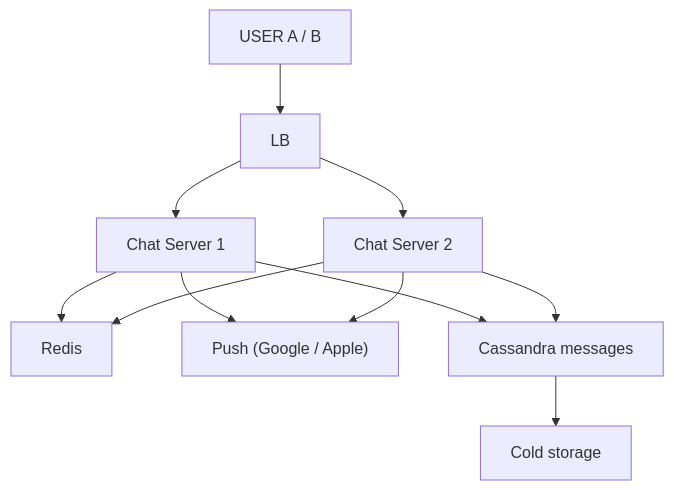
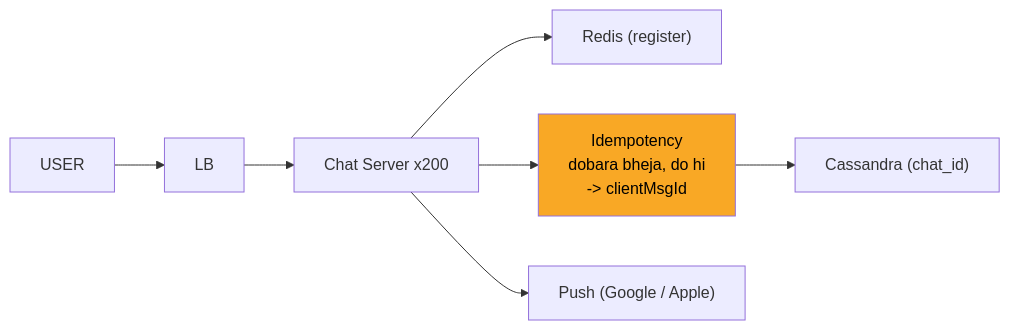
One commit to ArpanMaheshwari144/Prep changed the sixth of 12 diagrams in 04_HLD/SYSTEM_DESIGNS/14_chat_messaging/14_chat_messaging.md. Above: the diagram before and after it, drawn with Mermaid. The commit also changed other lines of this file, not shown here.

Commit message:
chat: one-day story, short cards, follow-ups with rules, highlighted diagrams

````diff
--- a/04_HLD/SYSTEM_DESIGNS/14_chat_messaging/14_chat_messaging.md
+++ b/04_HLD/SYSTEM_DESIGNS/14_chat_messaging/14_chat_messaging.md
@@ -293,21 +266,17 @@
 ```mermaid
-flowchart TD
-    n_USER_A_B["USER A / B"]
+flowchart LR
+    n_U["USER"]
     n_LB["LB"]
-    n_Chat_Server_x_200_1["Chat Server 1"]
-    n_Chat_Server_x_200_2["Chat Server 2"]
-    n_Redis["Redis"]
-    n_Push_Google_Apple["Push (Google / Apple)"]
-    n_Cassandra_messages["Cassandra messages"]
-    n_Cold_storage["Cold storage"]
-    n_USER_A_B --> n_LB
-    n_LB --> n_Chat_Server_x_200_1
-    n_LB --> n_Chat_Server_x_200_2
-    n_Chat_Server_x_200_1 --> n_Redis
-    n_Chat_Server_x_200_2 --> n_Redis
-    n_Chat_Server_x_200_1 --> n_Cassandra_messages
-    n_Chat_Server_x_200_2 --> n_Cassandra_messages
-    n_Chat_Server_x_200_1 --> n_Push_Google_Apple
-    n_Chat_Server_x_200_2 --> n_Push_Google_Apple
-    n_Cassandra_messages --> n_Cold_storage
+    n_CS["Chat Server x200"]
+    n_R["Redis (register)"]
+    n_I["Idempotency<br/>dobara bheja, do hi<br/>-> clientMsgId"]
+    n_CA["Cassandra (chat_id)"]
+    n_P["Push (Google / Apple)"]
+    n_U --> n_LB
+    n_LB --> n_CS
+    n_CS --> n_R
+    n_CS --> n_I
+    n_I --> n_CA
+    n_CS --> n_P
+    style n_I fill:#f9a825,color:#000
 ```
````
